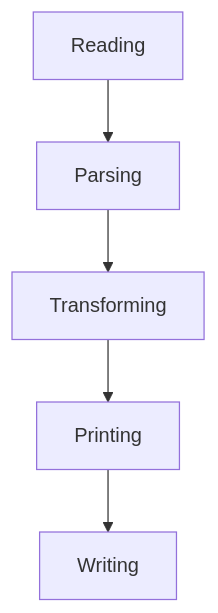
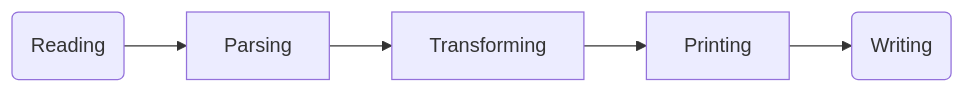
The diagram in site/cookbooks/jq.md (gnieh/fs2-data), drawn with Mermaid before and after one commit. The commit also changed other lines of this file and 10 other files, not shown here.

````diff
--- a/site/cookbooks/jq.md
+++ b/site/cookbooks/jq.md
@@ -9,4 +9,4 @@
 ```mermaid
-graph TD
-Reading --> Parsing --> Transforming --> Printing --> Writing
+graph LR
+Reading(Reading) --> Parsing --> Transforming --> Printing --> Writing(Writing)
 ```
````
